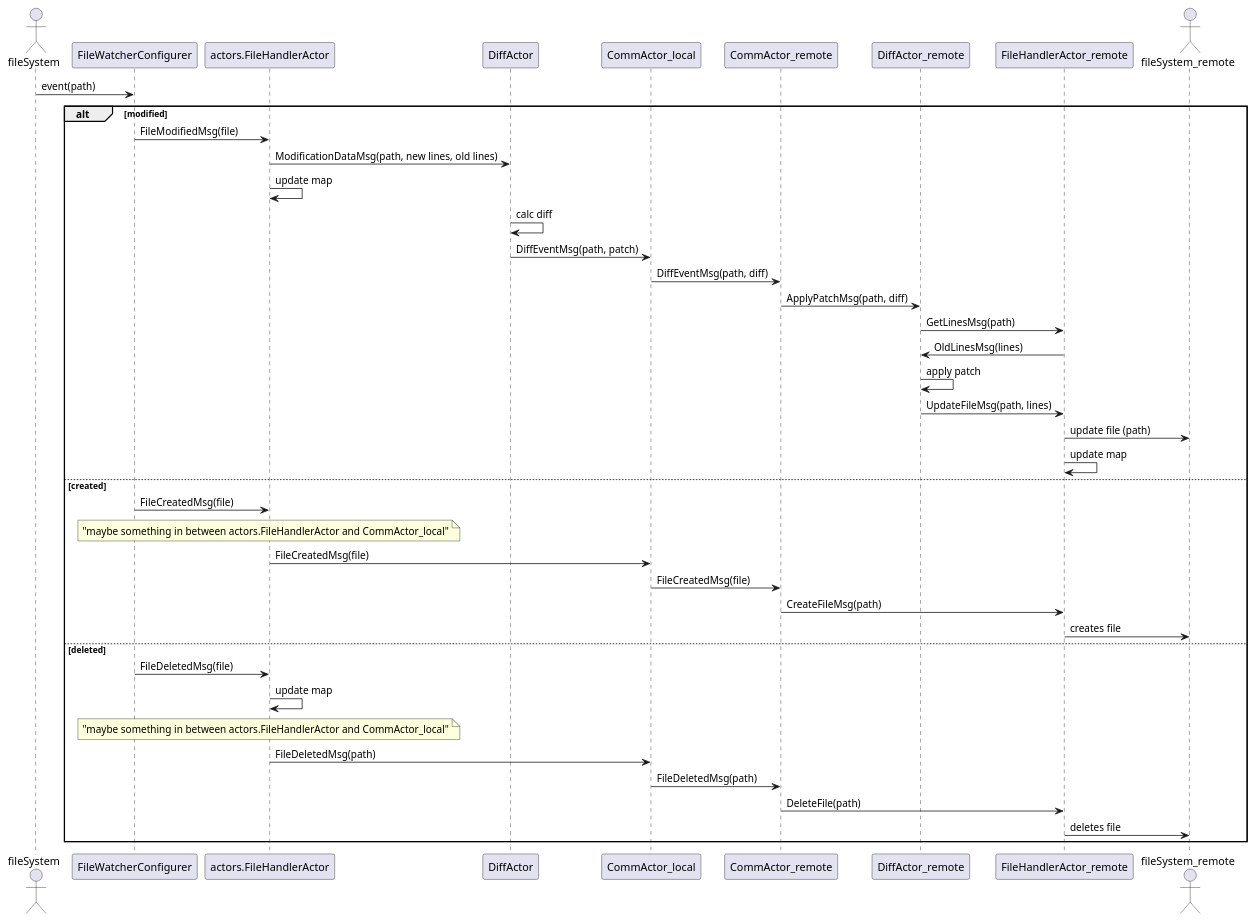
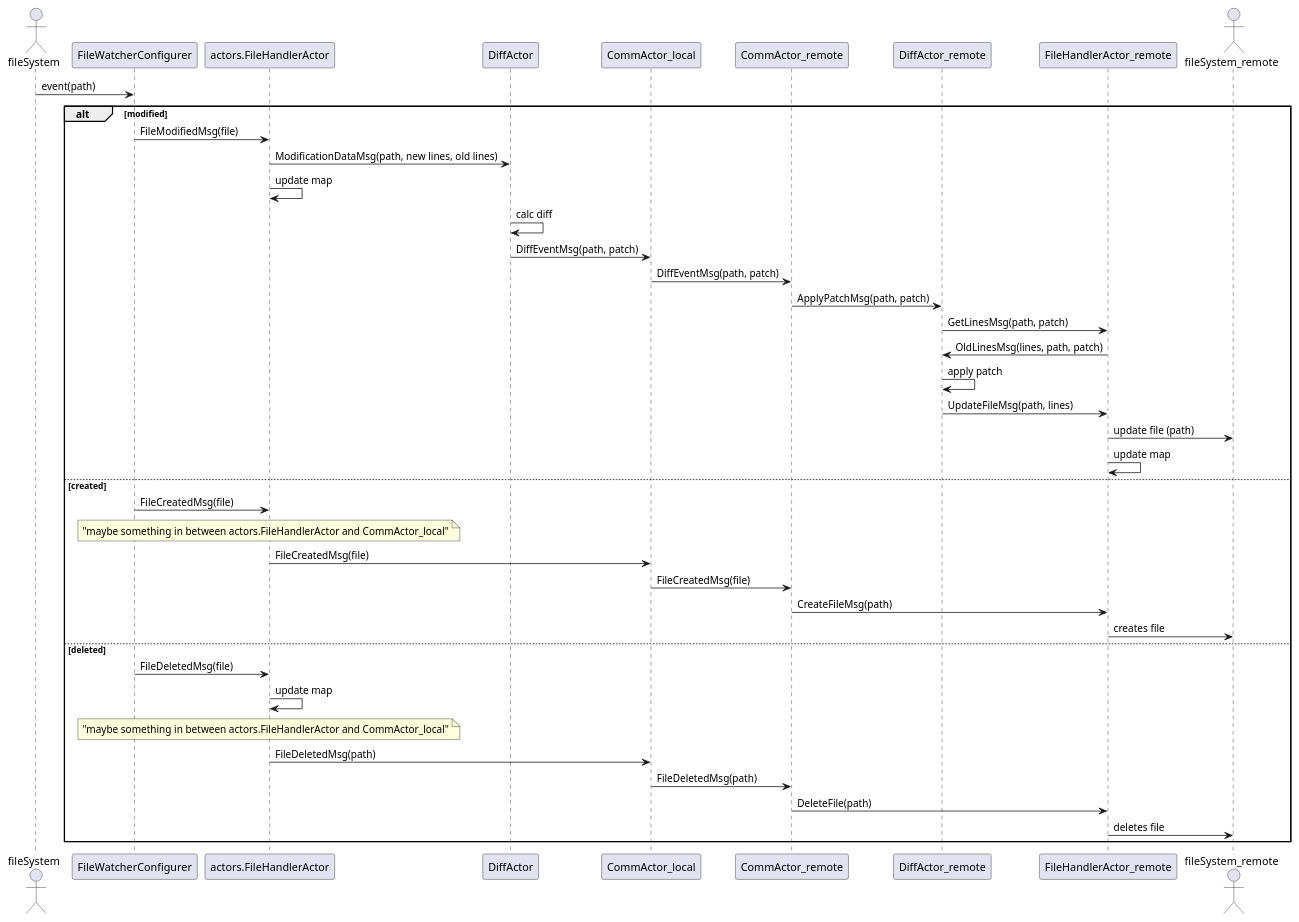
Before and after one commit to Goolue/fileSyncr: the diagram in docs/basicSeq.puml, drawn with PlantUML. The commit also changed 1 other file, not shown here.

```diff
--- a/docs/basicSeq.puml
+++ b/docs/basicSeq.puml
@@ -1,56 +1,56 @@
 @startuml
 	
 	actor fileSystem
 	participant FileWatcherConfigurer
 	participant actors.FileHandlerActor
 	participant DiffActor
 	participant CommActor_local
 	participant CommActor_remote
 	participant DiffActor_remote
 	participant FileHandlerActor_remote
 	actor fileSystem_remote
 
 	fileSystem -> FileWatcherConfigurer : event(path)
 	
 	alt modified
 		
 		FileWatcherConfigurer -> actors.FileHandlerActor : FileModifiedMsg(file)
 		actors.FileHandlerActor -> DiffActor : ModificationDataMsg(path, new lines, old lines)
 		actors.FileHandlerActor -> actors.FileHandlerActor : update map
 		DiffActor -> DiffActor : calc diff
 		DiffActor -> CommActor_local : DiffEventMsg(path, patch)
-		CommActor_local -> CommActor_remote : DiffEventMsg(path, diff)
-		CommActor_remote -> DiffActor_remote : ApplyPatchMsg(path, diff)
-		DiffActor_remote -> FileHandlerActor_remote : GetLinesMsg(path)
-		FileHandlerActor_remote -> DiffActor_remote : OldLinesMsg(lines)
+		CommActor_local -> CommActor_remote : DiffEventMsg(path, patch)
+		CommActor_remote -> DiffActor_remote : ApplyPatchMsg(path, patch)
+		DiffActor_remote -> FileHandlerActor_remote : GetLinesMsg(path, patch)
+		FileHandlerActor_remote -> DiffActor_remote : OldLinesMsg(lines, path, patch)
 		DiffActor_remote -> DiffActor_remote : apply patch
 		DiffActor_remote -> FileHandlerActor_remote : UpdateFileMsg(path, lines)
 		FileHandlerActor_remote -> fileSystem_remote : update file (path)
 		FileHandlerActor_remote -> FileHandlerActor_remote : update map
 
 	else created
 
 		FileWatcherConfigurer -> actors.FileHandlerActor : FileCreatedMsg(file)
 		note over actors.FileHandlerActor
 			"maybe something in between actors.FileHandlerActor and CommActor_local"
 		endnote
 		actors.FileHandlerActor -> CommActor_local : FileCreatedMsg(file)
 		CommActor_local -> CommActor_remote : FileCreatedMsg(file)
 		CommActor_remote -> FileHandlerActor_remote : CreateFileMsg(path)
 		FileHandlerActor_remote -> fileSystem_remote : creates file
 
 	else deleted
 
 		FileWatcherConfigurer -> actors.FileHandlerActor : FileDeletedMsg(file)
 		actors.FileHandlerActor -> actors.FileHandlerActor : update map
 		note over actors.FileHandlerActor
 			"maybe something in between actors.FileHandlerActor and CommActor_local"
 		endnote
 		actors.FileHandlerActor -> CommActor_local : FileDeletedMsg(path)
 		CommActor_local -> CommActor_remote : FileDeletedMsg(path)
 		CommActor_remote -> FileHandlerActor_remote : DeleteFile(path)
 		FileHandlerActor_remote -> fileSystem_remote : deletes file
 
 	end
 
 @enduml
```
